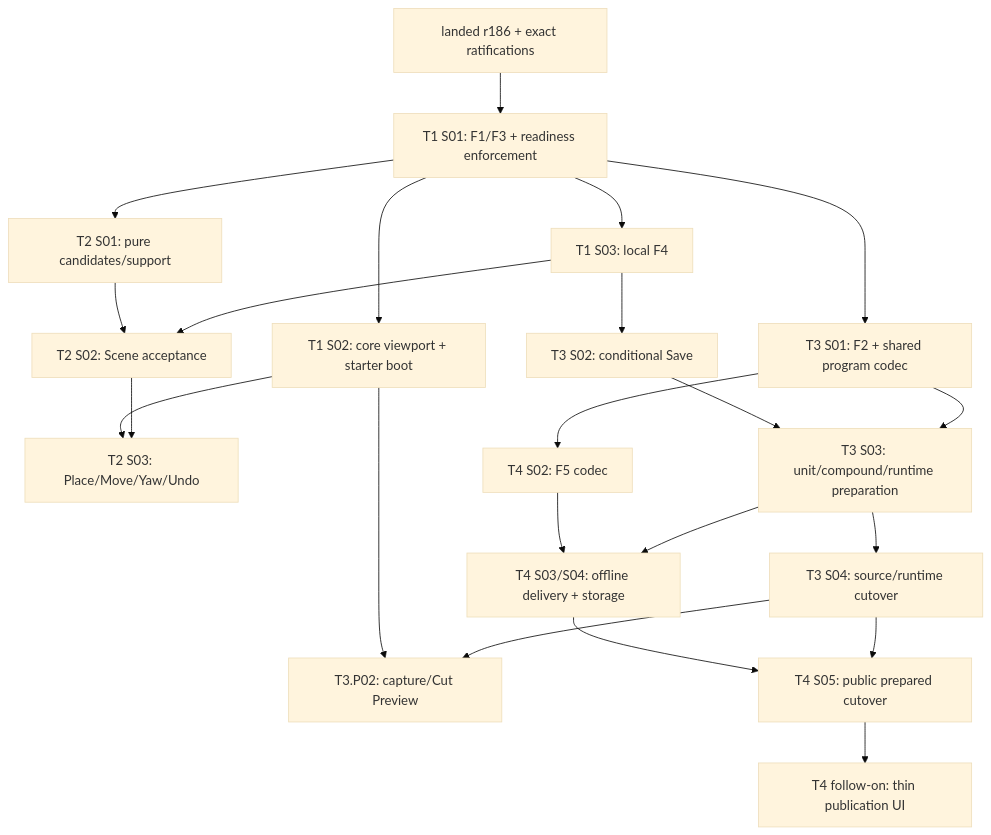
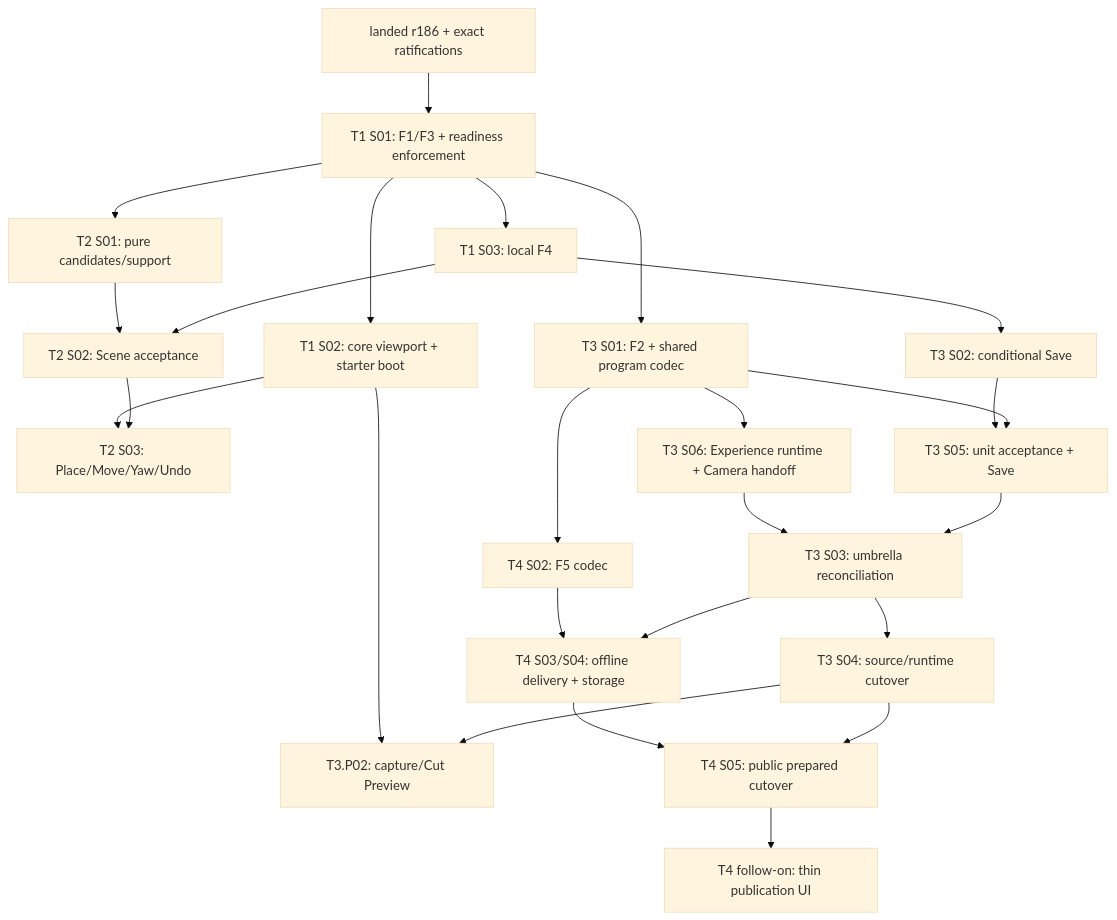
One commit to Biskiq/spatial-sketch-editor changed the first of 2 diagrams in docs/roadmap/cross-track-execution.md. Above: the diagram before and after it, drawn with Mermaid (base theme). The commit also changed other lines of this file and 9 other files, not shown here.

````diff
--- a/docs/roadmap/cross-track-execution.md
+++ b/docs/roadmap/cross-track-execution.md
@@ -194,24 +197,27 @@
 ```mermaid
 flowchart TD
   R["landed r186 + exact ratifications"] --> A["T1 S01: F1/F3 + readiness enforcement"]
   A --> V["T1 S02: core viewport + starter boot"]
   A --> L["T1 S03: local F4"]
   A --> U["T3 S01: F2 + shared program codec"]
   A --> O["T2 S01: pure candidates/support"]
   L --> S["T3 S02: conditional Save"]
   L --> C["T2 S02: Scene acceptance"]
   O --> C
   C --> UI["T2 S03: Place/Move/Yaw/Undo"]
   V --> UI
-  U --> X["T3 S03: unit/compound/runtime preparation"]
-  S --> X
+  U --> X5["T3 S05: unit acceptance + Save"]
+  S --> X5
+  U --> X6["T3 S06: Experience runtime + Camera handoff"]
+  X5 --> X["T3 S03: umbrella reconciliation"]
+  X6 --> X
   U --> F["T4 S02: F5 codec"]
   X --> CUT["T3 S04: source/runtime cutover"]
   X --> OFF["T4 S03/S04: offline delivery + storage"]
   F --> OFF
   CUT --> PRE["T3.P02: capture/Cut Preview"]
   V --> PRE
   CUT --> PUB["T4 S05: public prepared cutover"]
   OFF --> PUB
   PUB --> UX["T4 follow-on: thin publication UI"]
 ```
````
